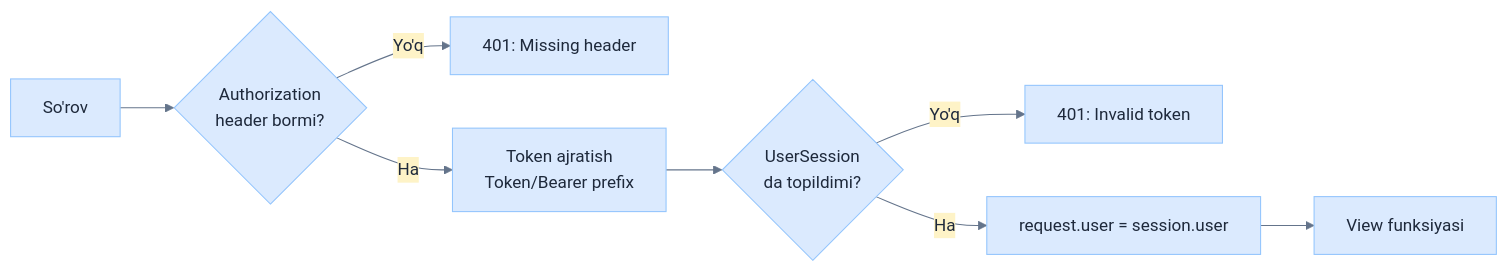
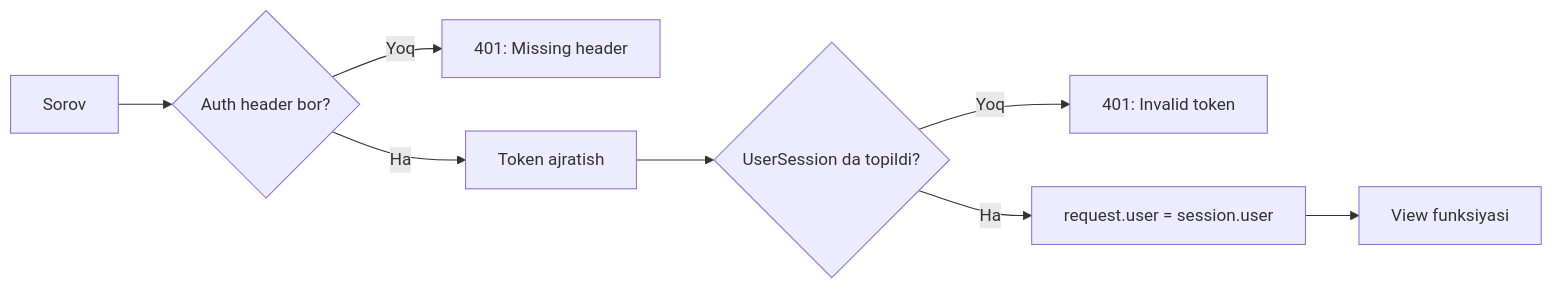
One commit to khismoiloff/BrpAvtoTest changed the ninth of 18 diagrams in README.md. Above: the diagram before and after it, drawn with Mermaid. The commit also changed other lines of this file, not shown here.

````diff
--- a/README.md
+++ b/README.md
@@ -492,11 +485,11 @@
 ```mermaid
-%%{init: {'theme': 'base', 'themeVariables': {'background': '#ffffff', 'primaryColor': '#dbeafe', 'primaryTextColor': '#1e293b', 'primaryBorderColor': '#93c5fd', 'lineColor': '#64748b', 'secondaryColor': '#fef3c7', 'tertiaryColor': '#ede9fe', 'fontFamily': 'sans-serif'}}}%%
+%%{init: {'theme': 'default'}}%%
 flowchart LR
-    A[So'rov] --> B{Authorization<br/>header bormi?}
-    B -->|Yo'q| C[401: Missing header]
-    B -->|Ha| D[Token ajratish<br/>Token/Bearer prefix]
-    D --> E{UserSession<br/>da topildimi?}
-    E -->|Yo'q| F[401: Invalid token]
+    A[Sorov] --> B{Auth header bor?}
+    B -->|Yoq| C[401: Missing header]
+    B -->|Ha| D[Token ajratish]
+    D --> E{UserSession da topildi?}
+    E -->|Yoq| F[401: Invalid token]
     E -->|Ha| G[request.user = session.user]
     G --> H[View funksiyasi]
 ```
````
